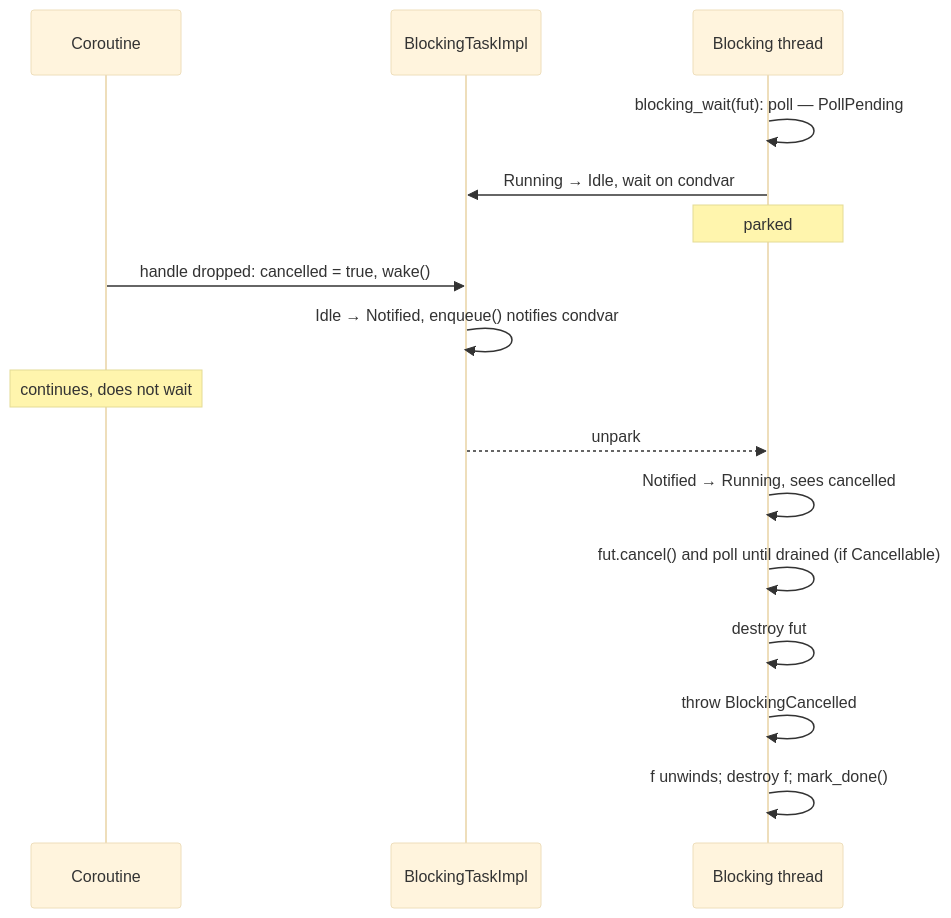
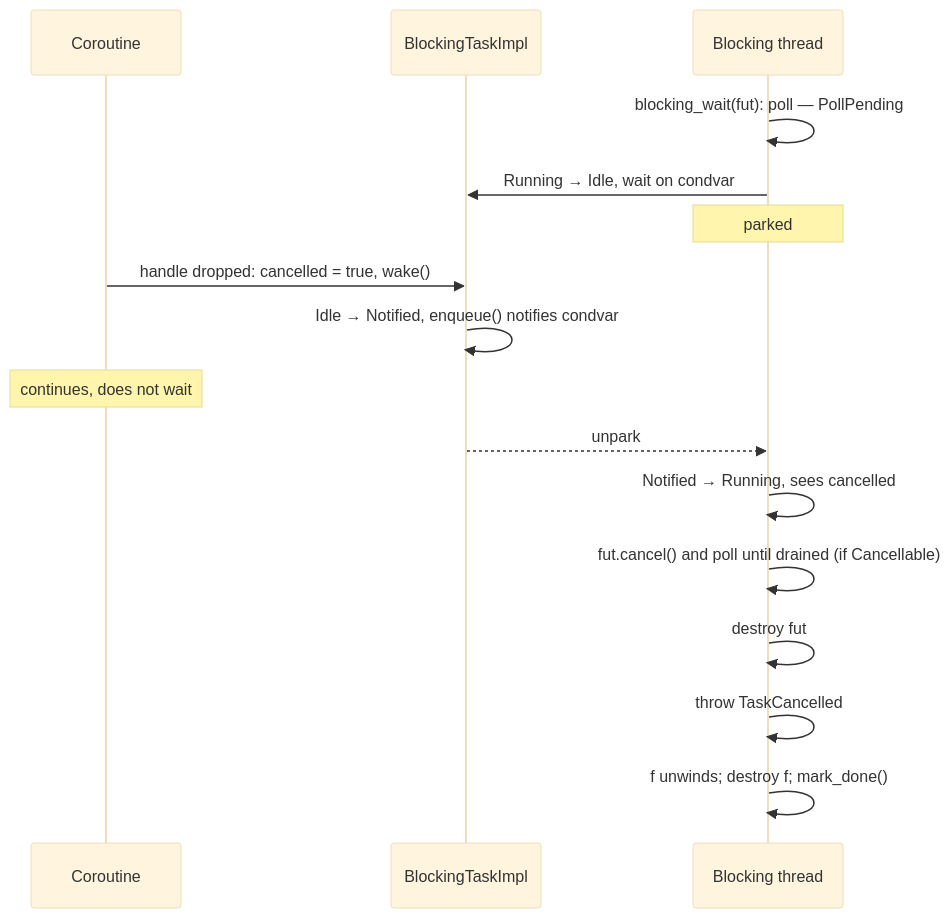
The fourth of 4 diagrams in doc/design/spawn_blocking.md (bts164/coro), drawn with Mermaid (base theme) before and after one commit. The commit also changed other lines of this file and 32 other files, not shown here.

````diff
--- a/doc/design/spawn_blocking.md
+++ b/doc/design/spawn_blocking.md
@@ -478,21 +479,21 @@
 ```mermaid
 sequenceDiagram
     participant C as Coroutine
     participant K as BlockingTaskImpl
     participant T as Blocking thread
 
     T->>T: blocking_wait(fut): poll — PollPending
     T->>K: Running → Idle, wait on condvar
     Note over T: parked
 
     C->>K: handle dropped: cancelled = true, wake()
     K->>K: Idle → Notified, enqueue() notifies condvar
     Note over C: continues, does not wait
 
     K-->>T: unpark
     T->>T: Notified → Running, sees cancelled
     T->>T: fut.cancel() and poll until drained (if Cancellable)
     T->>T: destroy fut
-    T->>T: throw BlockingCancelled
+    T->>T: throw TaskCancelled
     T->>T: f unwinds#59; destroy f#59; mark_done()
 ```
````
